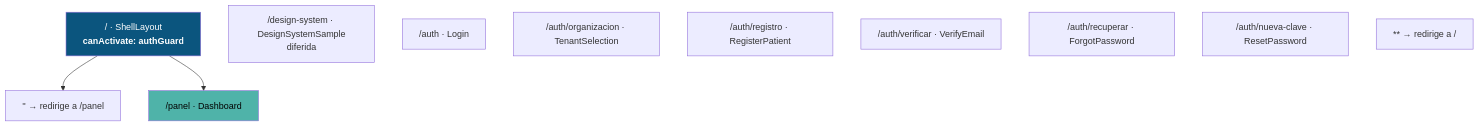
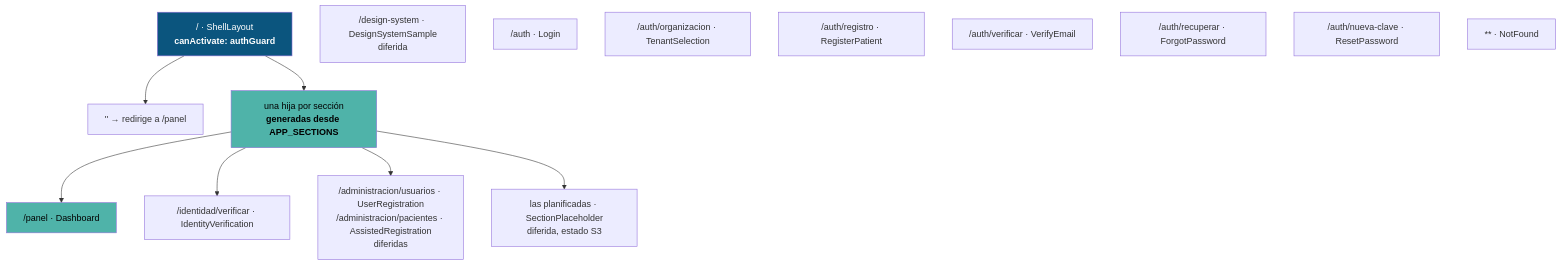
One commit to mdavila-2001/mantra-core-health changed the first of 2 diagrams in docs/architecture/routing-and-navigation.md. Above: the diagram before and after it, drawn with Mermaid. The commit also changed other lines of this file and 6 other files, not shown here.

````diff
--- a/docs/architecture/routing-and-navigation.md
+++ b/docs/architecture/routing-and-navigation.md
@@ -11,18 +11,23 @@
 ```mermaid
 graph TD
   ROOT["/ · ShellLayout<br/><b>canActivate: authGuard</b>"]
   ROOT --> RD["'' → redirige a /panel"]
-  ROOT --> PANEL["/panel · Dashboard"]
+  ROOT --> SEC["una hija por sección<br/><b>generadas desde APP_SECTIONS</b>"]
+  SEC --> PANEL["/panel · Dashboard"]
+  SEC --> IDV["/identidad/verificar · IdentityVerification"]
+  SEC --> ADM["/administracion/usuarios · UserRegistration<br/>/administracion/pacientes · AssistedRegistration<br/>diferidas"]
+  SEC --> PLAN["las planificadas · SectionPlaceholder<br/>diferida, estado S3"]
 
   DS["/design-system · DesignSystemSample<br/>diferida"]
   A1["/auth · Login"]
   A2["/auth/organizacion · TenantSelection"]
   A3["/auth/registro · RegisterPatient"]
   A4["/auth/verificar · VerifyEmail"]
   A5["/auth/recuperar · ForgotPassword"]
   A6["/auth/nueva-clave · ResetPassword"]
-  WILD["** → redirige a /"]
+  WILD["** · NotFound"]
 
   style ROOT fill:#0B557E,color:#fff
   style PANEL fill:#4FB3A9,color:#000
+  style SEC fill:#4FB3A9,color:#000
 ```
````
